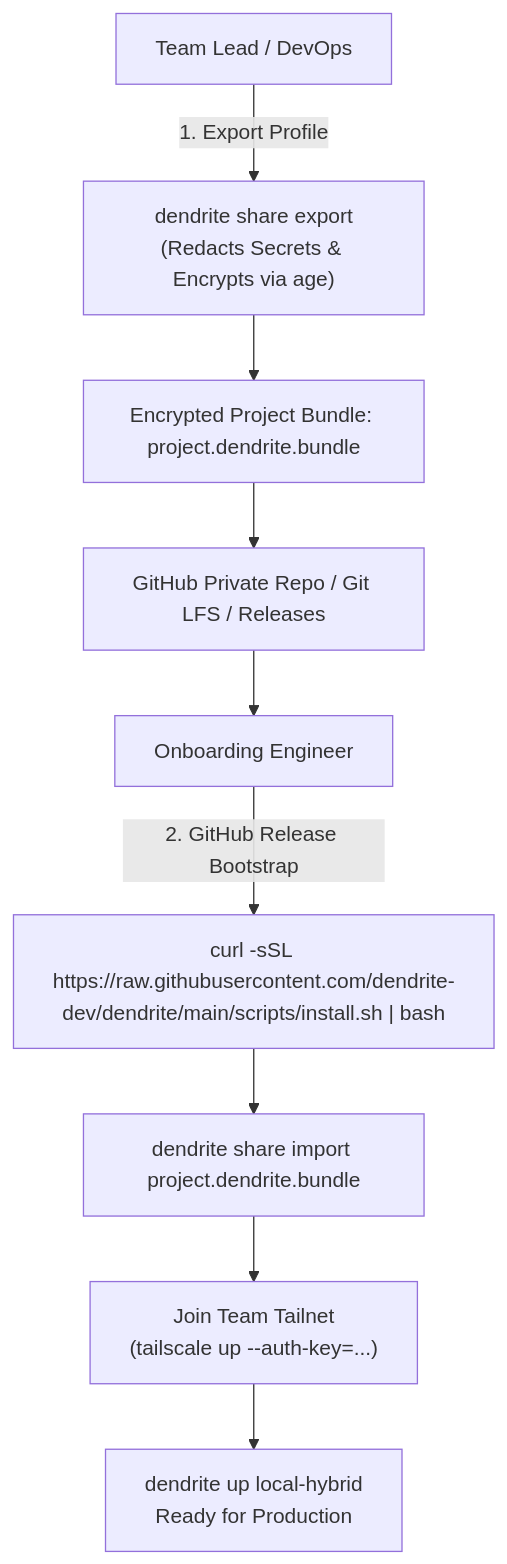
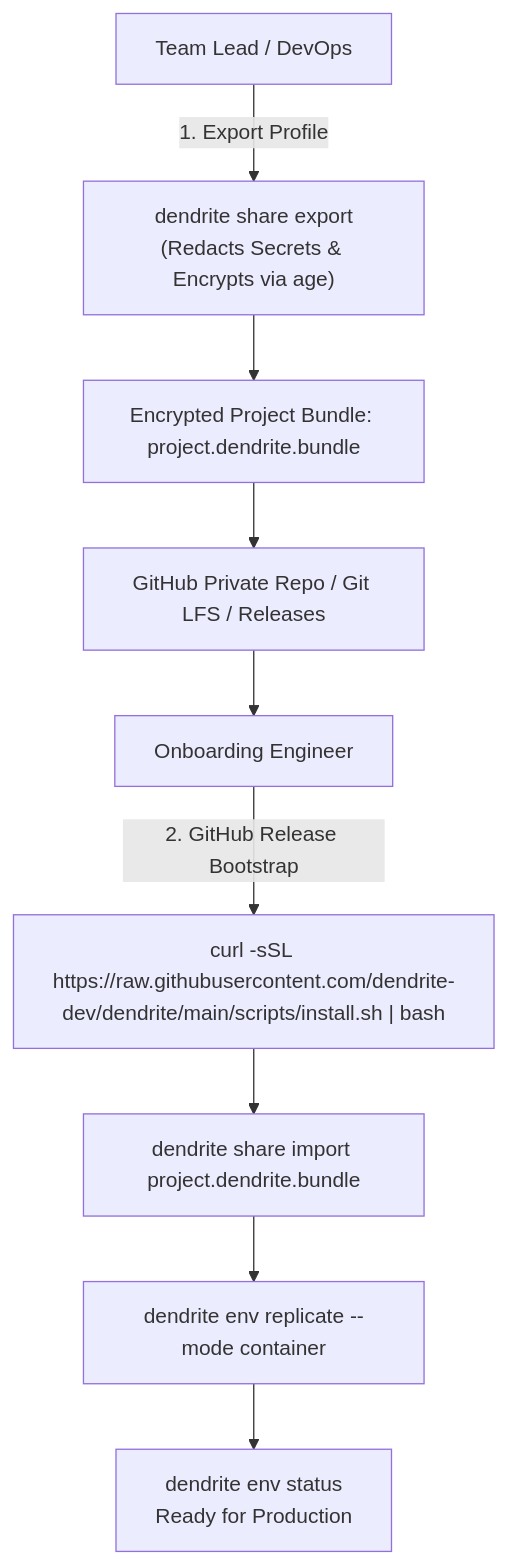
Before and after one commit to yasuomaidana/dendrite: the diagram in docs/guides/sharing-and-onboarding.md, drawn with Mermaid. The commit also changed other lines of this file and 116 other files, not shown here.

````diff
--- a/docs/guides/sharing-and-onboarding.md
+++ b/docs/guides/sharing-and-onboarding.md
@@ -15,13 +15,13 @@
 ```mermaid
 flowchart TD
     LeadDev[Team Lead / DevOps] -->|1. Export Profile| ExportCmd["dendrite share export<br/>(Redacts Secrets & Encrypts via age)"]
     ExportCmd --> Bundle[Encrypted Project Bundle: project.dendrite.bundle]
     
     Bundle --> GitHubStore[GitHub Private Repo / Git LFS / Releases]
     GitHubStore --> NewDev[Onboarding Engineer]
     
     NewDev -->|2. GitHub Release Bootstrap| Install["curl -sSL https://raw.githubusercontent.com/dendrite-dev/dendrite/main/scripts/install.sh | bash"]
     Install --> ImportCmd["dendrite share import project.dendrite.bundle"]
-    ImportCmd --> TailscaleJoin["Join Team Tailnet<br/>(tailscale up --auth-key=...)"]
-    TailscaleJoin --> Ready["dendrite up local-hybrid<br/>Ready for Production"]
+    ImportCmd --> ReplicateCmd["dendrite env replicate --mode container"]
+    ReplicateCmd --> Ready["dendrite env status<br/>Ready for Production"]
 ```
````
